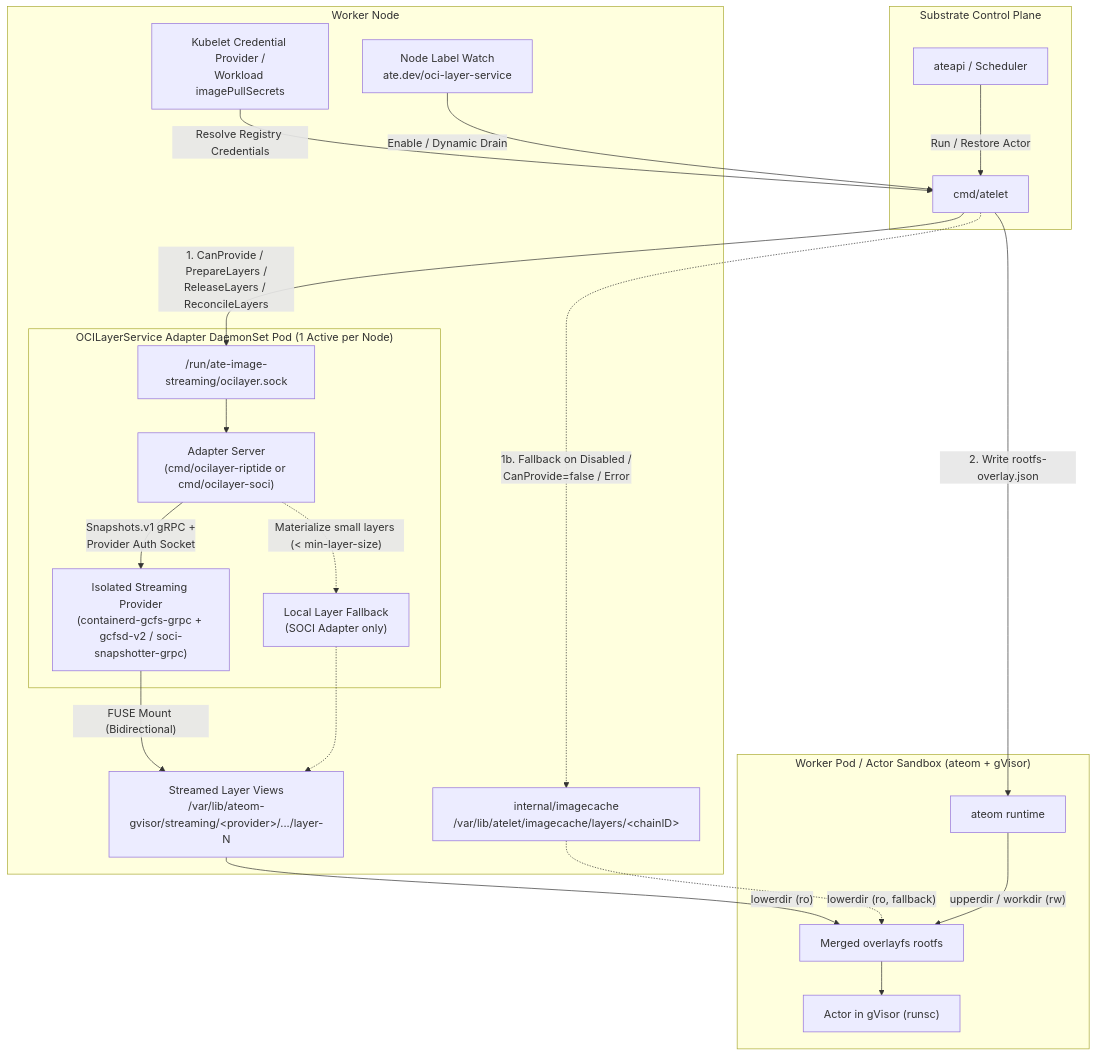
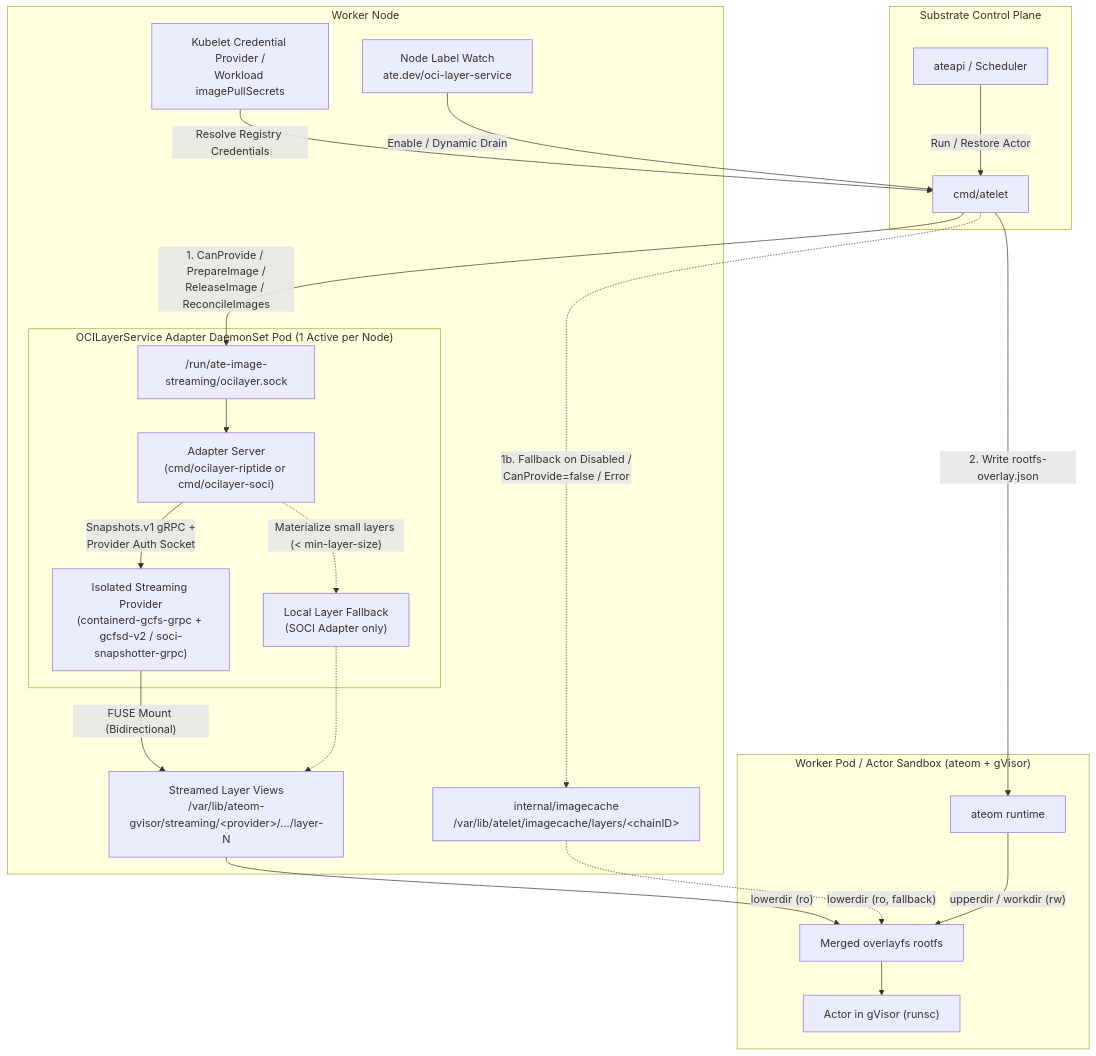
One commit to yuekui2/substrate changed the diagram in docs/image-streaming-design.md. Above: the diagram before and after it, drawn with Mermaid. The commit also changed other lines of this file and 22 other files, not shown here.

First line of the commit message:
internal/ocilayer: rename Prepare/Release/Reconcile RPCs for per-image contract

````diff
--- a/docs/image-streaming-design.md
+++ b/docs/image-streaming-design.md
@@ -21,31 +21,31 @@
 ```mermaid
 flowchart TD
     subgraph ControlPlane["Substrate Control Plane"]
         Scheduler["ateapi / Scheduler"] -->|"Run / Restore Actor"| Atelet["cmd/atelet"]
     end
 
     subgraph WorkerNode["Worker Node"]
         KubeCreds["Kubelet Credential Provider /<br/>Workload imagePullSecrets"] -->|"Resolve Registry Credentials"| Atelet
         NodeLabel["Node Label Watch<br/>ate.dev/oci-layer-service"] -->|"Enable / Dynamic Drain"| Atelet
 
-        Atelet -->|"1. CanProvide / PrepareLayers /<br/>ReleaseLayers / ReconcileLayers"| Sock["/run/ate-image-streaming/ocilayer.sock"]
+        Atelet -->|"1. CanProvide / PrepareImage /<br/>ReleaseImage / ReconcileImages"| Sock["/run/ate-image-streaming/ocilayer.sock"]
         Atelet -. "1b. Fallback on Disabled /<br/>CanProvide=false / Error" .-> ImageCache["internal/imagecache<br/>/var/lib/atelet/imagecache/layers/&lt;chainID&gt;"]
 
         subgraph AdapterPod["OCILayerService Adapter DaemonSet Pod (1 Active per Node)"]
             Sock --> Adapter["Adapter Server<br/>(cmd/ocilayer-riptide or cmd/ocilayer-soci)"]
             Adapter -->|"Snapshots.v1 gRPC +<br/>Provider Auth Socket"| Provider["Isolated Streaming Provider<br/>(containerd-gcfs-grpc + gcfsd-v2 / soci-snapshotter-grpc)"]
             Adapter -. "Materialize small layers (< min-layer-size)" .-> SmallLayers["Local Layer Fallback<br/>(SOCI Adapter only)"]
         end
 
         Provider -->|"FUSE Mount (Bidirectional)"| FuseViews["Streamed Layer Views<br/>/var/lib/ateom-gvisor/streaming/&lt;provider&gt;/.../layer-N"]
         SmallLayers -.-> FuseViews
     end
 
     subgraph Sandbox["Worker Pod / Actor Sandbox (ateom + gVisor)"]
         Atelet -->|"2. Write rootfs-overlay.json"| Ateom["ateom runtime"]
         FuseViews -- "lowerdir (ro)" --> Overlay["Merged overlayfs rootfs"]
         ImageCache -. "lowerdir (ro, fallback)" .-> Overlay
         Ateom -- "upperdir / workdir (rw)" --> Overlay
         Overlay --> Actor["Actor in gVisor (runsc)"]
     end
 ```
````
